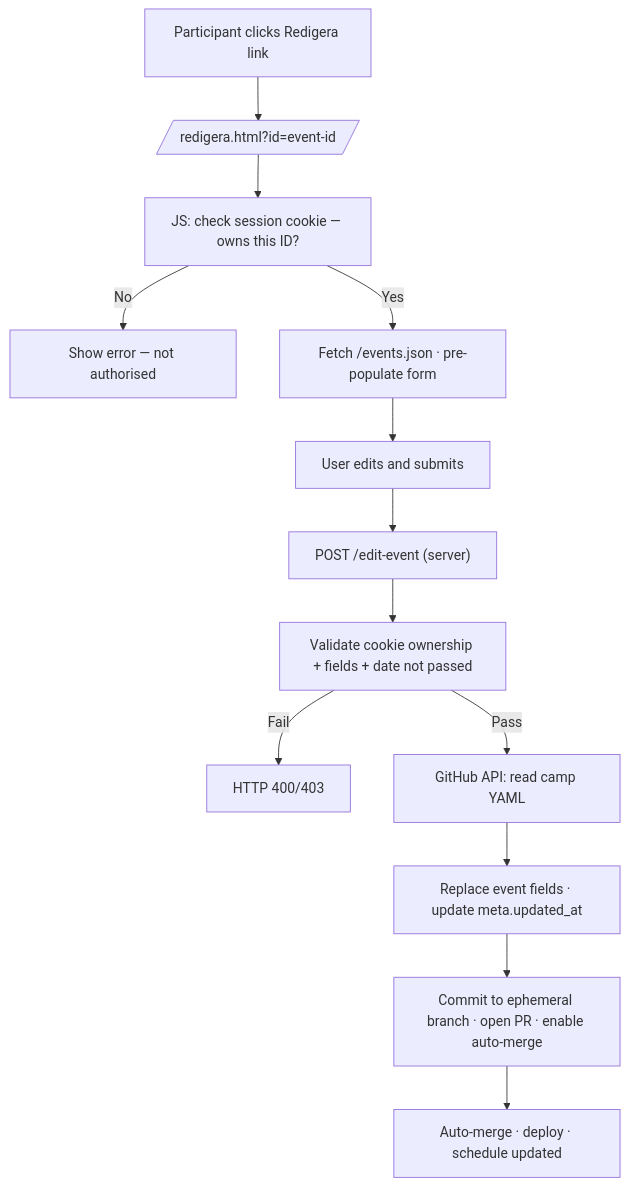
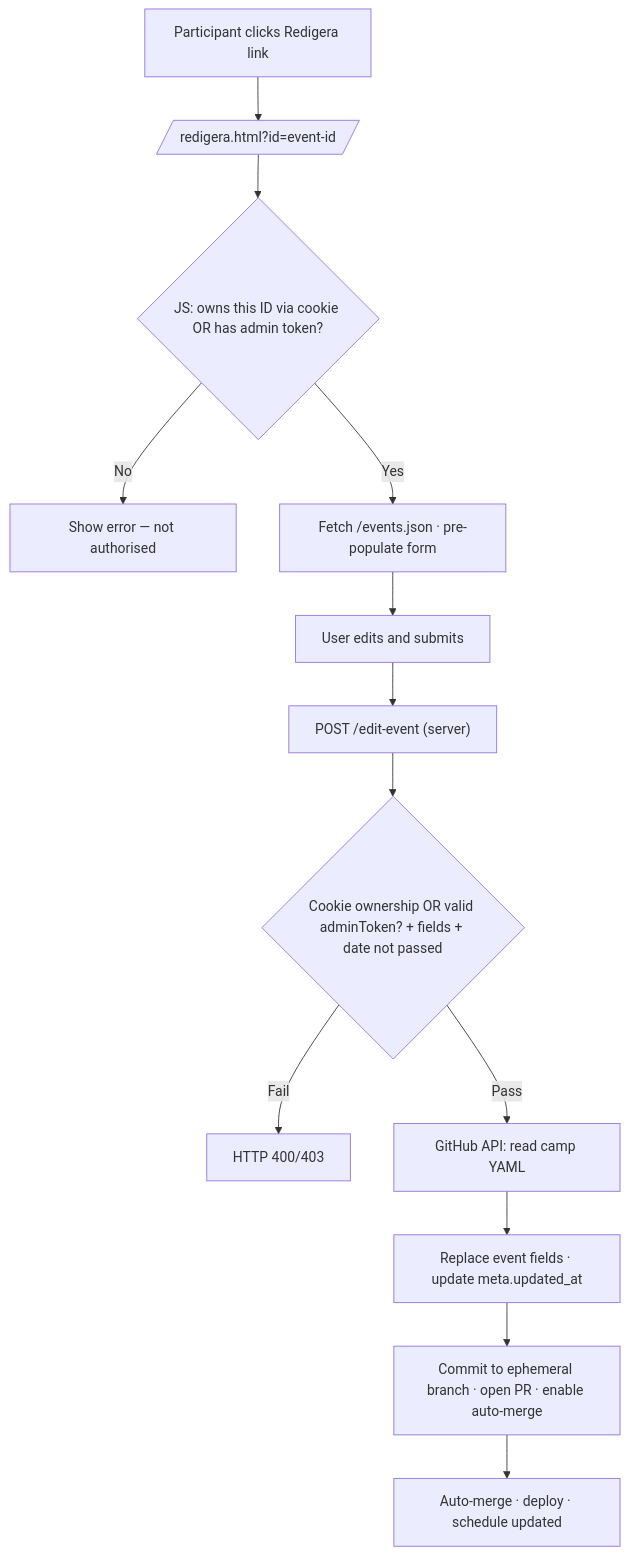
One commit to moggleif/sbsommar changed the second of 2 diagrams in docs/03-ARCHITECTURE.md. Above: the diagram before and after it, drawn with Mermaid. The commit also changed other lines of this file and 1 other file, not shown here.

First line of the commit message:
docs: document design and traceability for admin-token edit/delete

````diff
--- a/docs/03-ARCHITECTURE.md
+++ b/docs/03-ARCHITECTURE.md
@@ -464,15 +465,15 @@
 ```mermaid
 flowchart TD
     A[Participant clicks Redigera link] --> B[/redigera.html?id=event-id/]
-    B --> C[JS: check session cookie — owns this ID?]
+    B --> C{JS: owns this ID via cookie OR has admin token?}
     C -->|No| D[Show error — not authorised]
     C -->|Yes| E[Fetch /events.json · pre-populate form]
     E --> F[User edits and submits]
     F --> G["POST /edit-event (server)"]
-    G --> H[Validate cookie ownership + fields + date not passed]
+    G --> H{Cookie ownership OR valid adminToken? + fields + date not passed}
     H -->|Fail| I[HTTP 400/403]
     H -->|Pass| J[GitHub API: read camp YAML]
     J --> K[Replace event fields · update meta.updated_at]
     K --> L[Commit to ephemeral branch · open PR · enable auto-merge]
     L --> M[Auto-merge · deploy · schedule updated]
 ```
````
